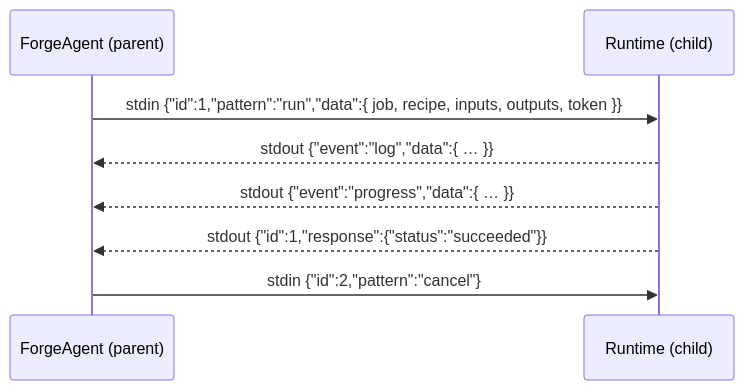
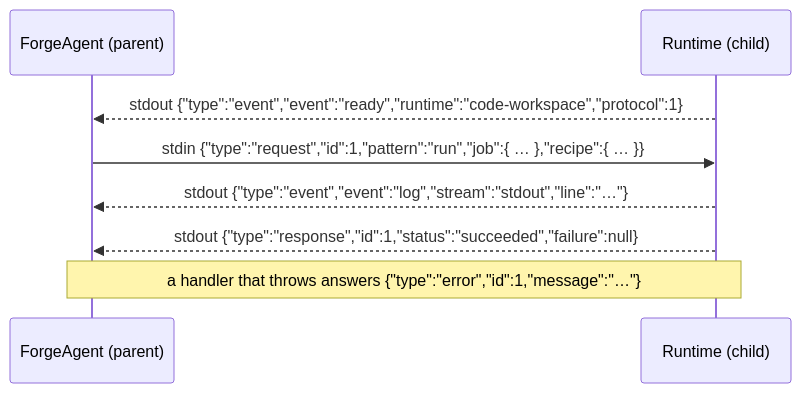
The fourth of 12 diagrams in docs/design/forge-runtimes.md (RolandTeslaru/Quarry), drawn with Mermaid before and after one commit. The commit also changed other lines of this file and 29 other files, not shown here.

First line of the commit message:
feat: add code-workspace-runtime package and integrate with forge-agent

````diff
--- a/docs/design/forge-runtimes.md
+++ b/docs/design/forge-runtimes.md
@@ -126,10 +128,10 @@
 ```mermaid
 sequenceDiagram
     participant D as ForgeAgent (parent)
     participant R as Runtime (child)
-    D->>R: stdin {"id":1,"pattern":"run","data":{ job, recipe, inputs, outputs, token }}
-    R-->>D: stdout {"event":"log","data":{ … }}
-    R-->>D: stdout {"event":"progress","data":{ … }}
-    R-->>D: stdout {"id":1,"response":{"status":"succeeded"}}
-    D->>R: stdin {"id":2,"pattern":"cancel"}
+    R-->>D: stdout {"type":"event","event":"ready","runtime":"code-workspace","protocol":1}
+    D->>R: stdin {"type":"request","id":1,"pattern":"run","job":{ … },"recipe":{ … }}
+    R-->>D: stdout {"type":"event","event":"log","stream":"stdout","line":"…"}
+    R-->>D: stdout {"type":"response","id":1,"status":"succeeded","failure":null}
+    Note over D,R: a handler that throws answers {"type":"error","id":1,"message":"…"}
 ```
````
